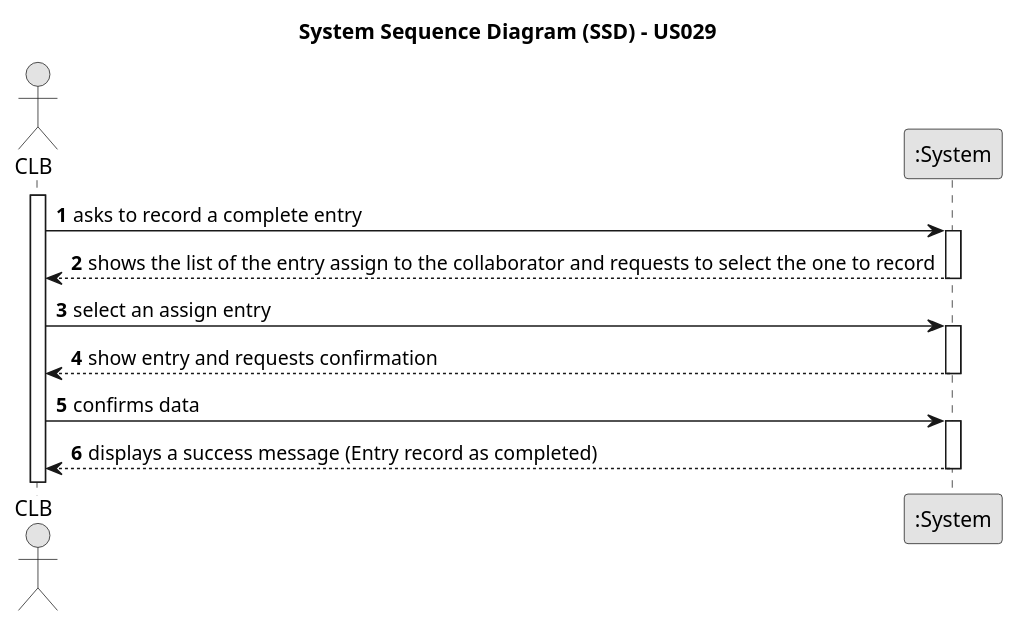
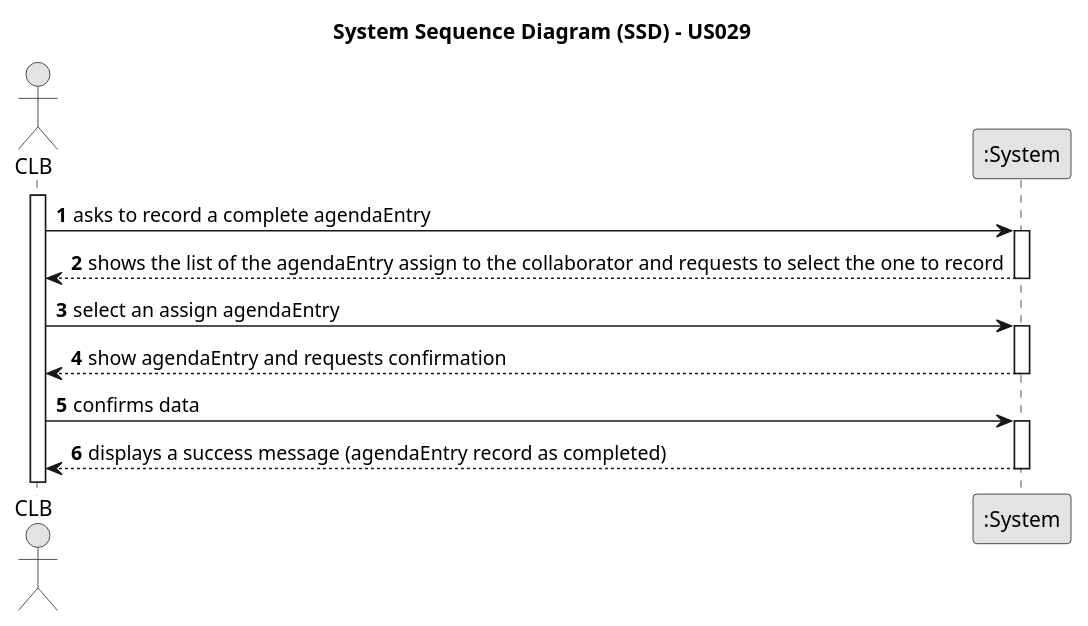
The diagram in docs/sprintC/us029/01.requirements-engineering/puml/us029-system-sequence-diagram-alternative-one.puml (ricardomm7/leaflink), drawn with PlantUML before and after one commit. The commit also changed 20 other files, not shown here.

```diff
--- a/docs/sprintC/us029/01.requirements-engineering/puml/us029-system-sequence-diagram-alternative-one.puml
+++ b/docs/sprintC/us029/01.requirements-engineering/puml/us029-system-sequence-diagram-alternative-one.puml
@@ -1,34 +1,34 @@
 @startuml
 skinparam monochrome true
 skinparam packageStyle rectangle
 skinparam shadowing false
 
 title System Sequence Diagram (SSD) - US029
 
 autonumber
 
 actor "CLB" as CLB
 participant ":System" as System
 
 activate CLB
 
-    CLB -> System : asks to record a complete entry
+    CLB -> System : asks to record a complete agendaEntry
     activate System
 
-        System --> CLB : shows the list of the entry assign to the collaborator and requests to select the one to record
+        System --> CLB : shows the list of the agendaEntry assign to the collaborator and requests to select the one to record
     deactivate System
 
-    CLB -> System : select an assign entry
+    CLB -> System : select an assign agendaEntry
 
     activate System
 
-        System --> CLB : show entry and requests confirmation
+        System --> CLB : show agendaEntry and requests confirmation
     deactivate System
 
     CLB -> System : confirms data
     activate System
 
-        System --> CLB :  displays a success message (Entry record as completed)
+        System --> CLB :  displays a success message (agendaEntry record as completed)
     deactivate System
 
 @enduml
```
